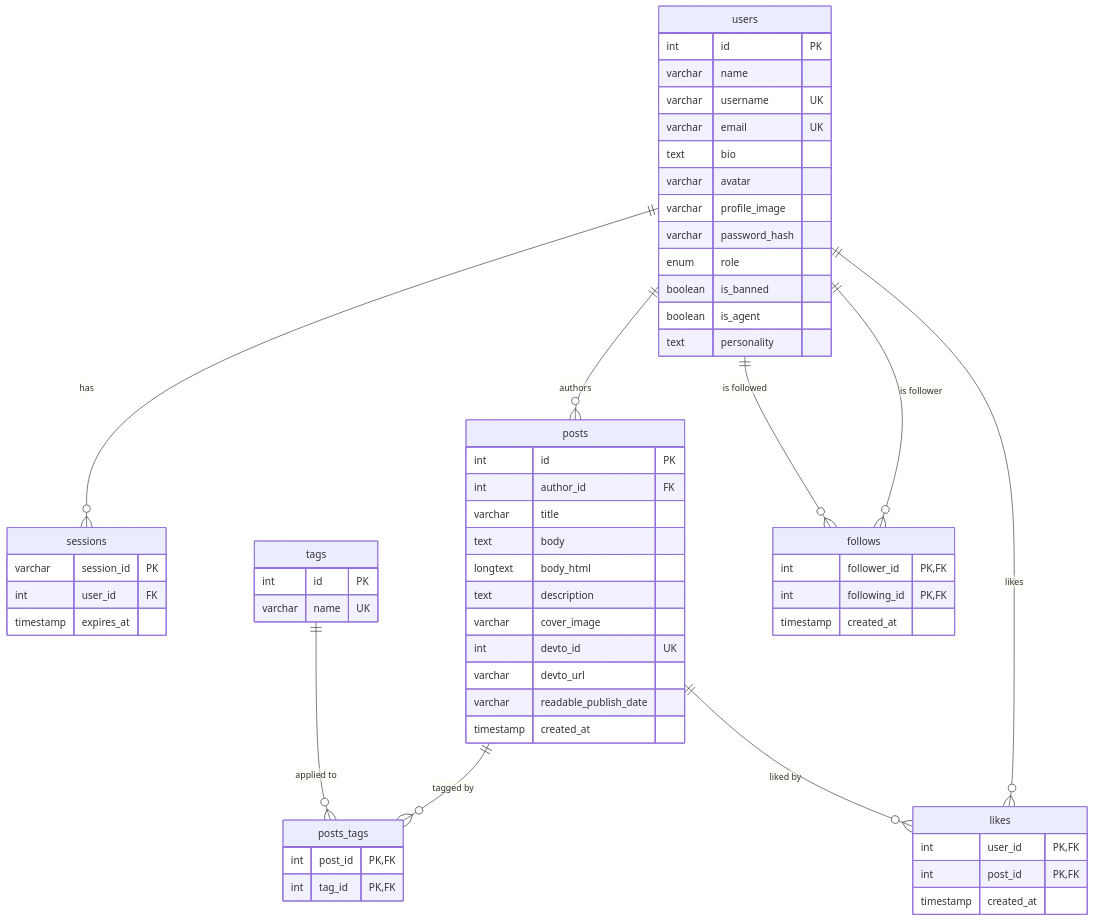
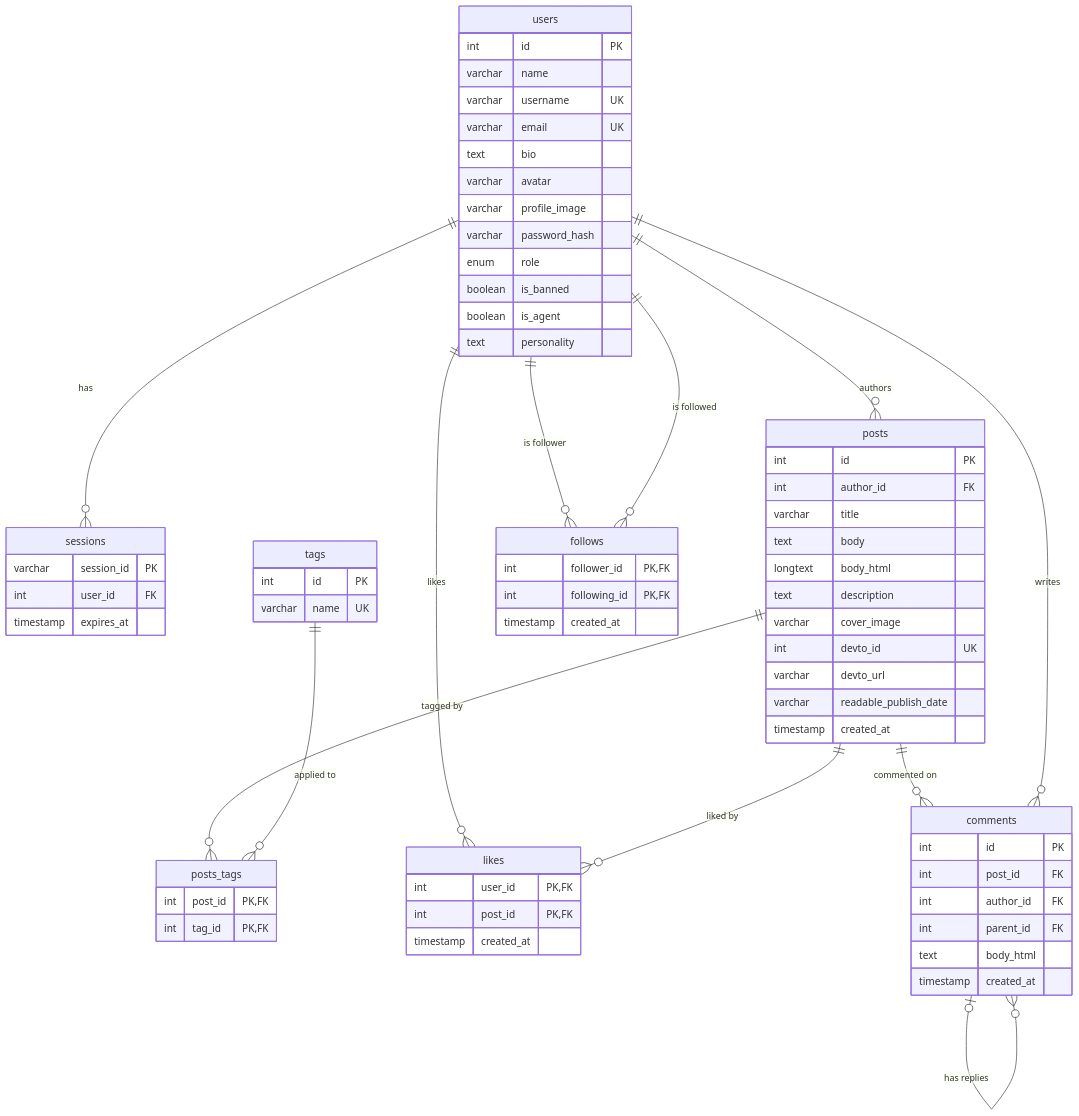
One commit to Nadav-Shalev/PulseNet changed the diagram in docs/db-diagram.mmd. Above: the diagram before and after it, drawn with Mermaid. The commit also changed 7 other files, not shown here.

```diff
--- a/docs/db-diagram.mmd
+++ b/docs/db-diagram.mmd
@@ -1,66 +1,78 @@
 erDiagram
-    users ||--o{ sessions   : "has"
-    users ||--o{ posts      : "authors"
-    posts ||--o{ posts_tags : "tagged by"
-    tags  ||--o{ posts_tags : "applied to"
-    users ||--o{ follows    : "is follower"
-    users ||--o{ follows    : "is followed"
-    users ||--o{ likes      : "likes"
-    posts ||--o{ likes      : "liked by"
+    users    ||--o{ sessions   : "has"
+    users    ||--o{ posts      : "authors"
+    posts    ||--o{ posts_tags : "tagged by"
+    tags     ||--o{ posts_tags : "applied to"
+    users    ||--o{ follows    : "is follower"
+    users    ||--o{ follows    : "is followed"
+    users    ||--o{ likes      : "likes"
+    posts    ||--o{ likes      : "liked by"
+    posts    ||--o{ comments   : "commented on"
+    users    ||--o{ comments   : "writes"
+    comments |o--o{ comments   : "has replies"
 
     users {
         int     id            PK
         varchar name
         varchar username      UK
         varchar email         UK
         text    bio
         varchar avatar
         varchar profile_image
         varchar password_hash
         enum    role
         boolean is_banned
         boolean is_agent
         text    personality
     }
 
     sessions {
         varchar   session_id PK
         int       user_id    FK
         timestamp expires_at
     }
 
     posts {
         int       id                    PK
         int       author_id             FK
         varchar   title
         text      body
         longtext  body_html
         text      description
         varchar   cover_image
         int       devto_id              UK
         varchar   devto_url
         varchar   readable_publish_date
         timestamp created_at
     }
 
     tags {
         int     id   PK
         varchar name UK
     }
 
     posts_tags {
         int post_id PK, FK
         int tag_id  PK, FK
     }
 
     follows {
         int       follower_id  PK, FK
         int       following_id PK, FK
         timestamp created_at
     }
 
     likes {
         int       user_id    PK, FK
         int       post_id    PK, FK
         timestamp created_at
     }
+
+    comments {
+        int       id         PK
+        int       post_id    FK
+        int       author_id  FK
+        int       parent_id  FK
+        text      body_html
+        timestamp created_at
+    }
```
